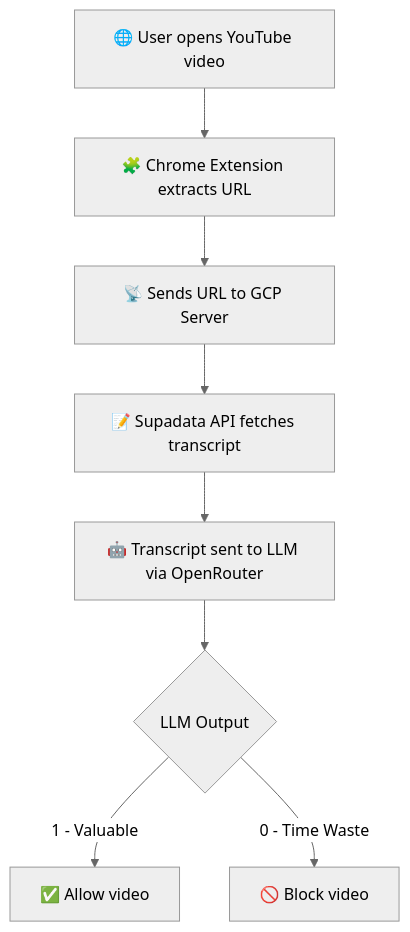
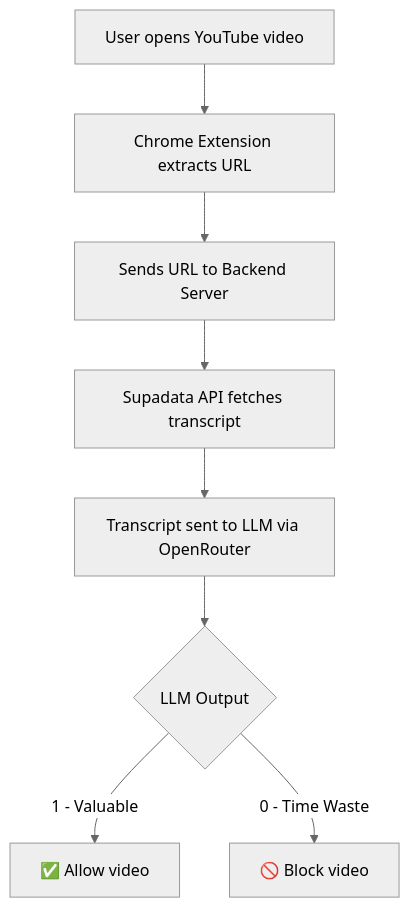
The diagram in README.md (prshv1/Anti_Rot), drawn with Mermaid (neutral theme) before and after one commit. The commit also changed 2 other files, not shown here.

Commit message:
Readme change

````diff
--- a/README.md
+++ b/README.md
@@ -24,10 +24,10 @@
 ```mermaid
 flowchart TD
-    A[🌐 User opens YouTube video] --> B[🧩 Chrome Extension extracts URL]
-    B --> C[📡 Sends URL to GCP Server]
-    C --> D[📝 Supadata API fetches transcript]
-    D --> E[🤖 Transcript sent to LLM via OpenRouter]
+    A[User opens YouTube video] --> B[Chrome Extension extracts URL]
+    B --> C[Sends URL to Backend Server]
+    C --> D[Supadata API fetches transcript]
+    D --> E[Transcript sent to LLM via OpenRouter]
     E --> F{LLM Output}
     F -->|1 - Valuable| G[✅ Allow video]
     F -->|0 - Time Waste| H[🚫 Block video]
 ```
````
